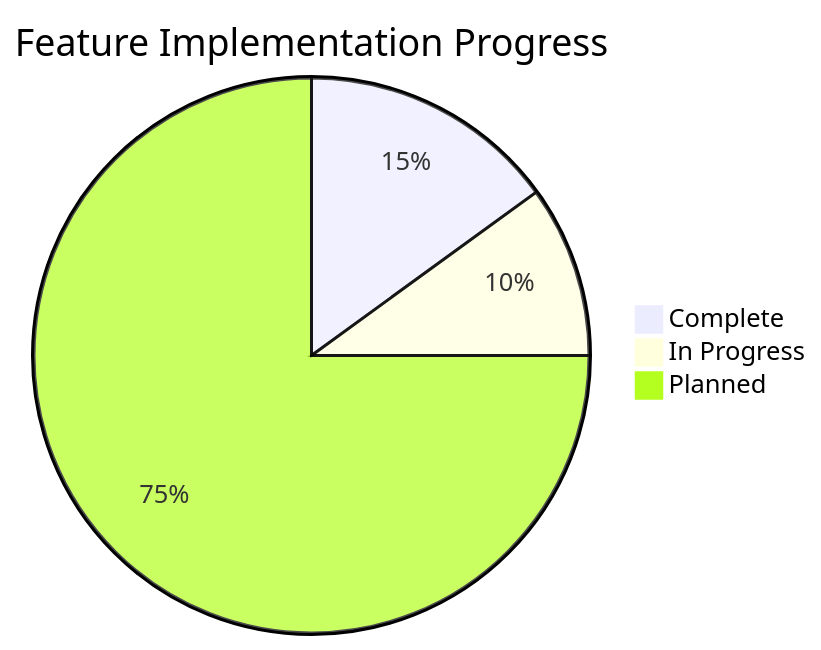
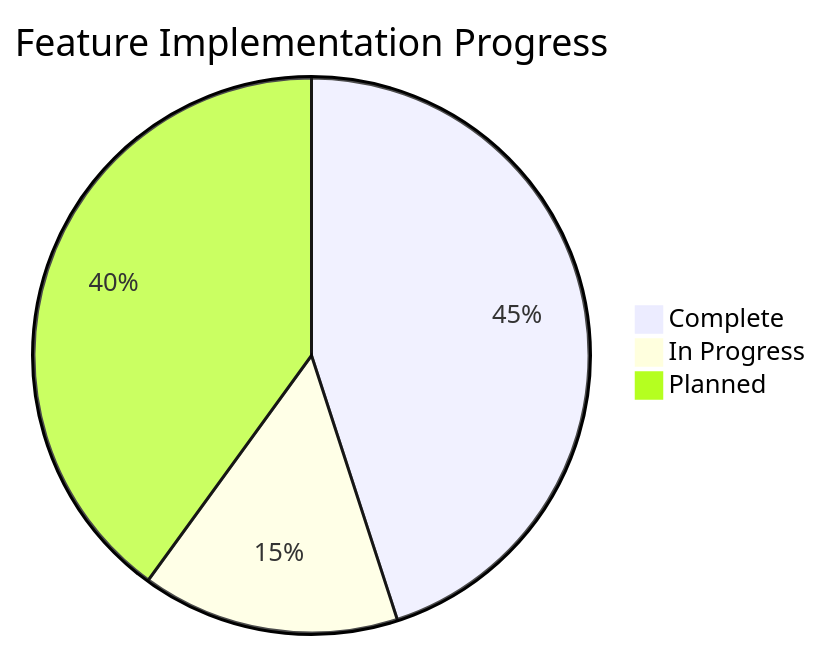
The third of 4 diagrams in README.md (ssdeanx/DeanmachinesAI), drawn with Mermaid before and after one commit. The commit also changed other lines of this file and 3 other files, not shown here.

First line of the commit message:
feat(readme): update project description and architecture details

````diff
--- a/README.md
+++ b/README.md
@@ -79,7 +151,7 @@
 ```mermaid
 pie
     title Feature Implementation Progress
-    "Complete" : 15
-    "In Progress" : 10
-    "Planned" : 75
+    "Complete" : 45
+    "In Progress" : 15
+    "Planned" : 40
 ```
````
